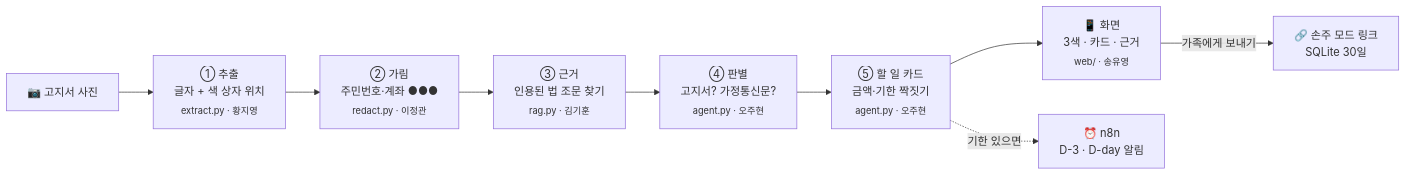
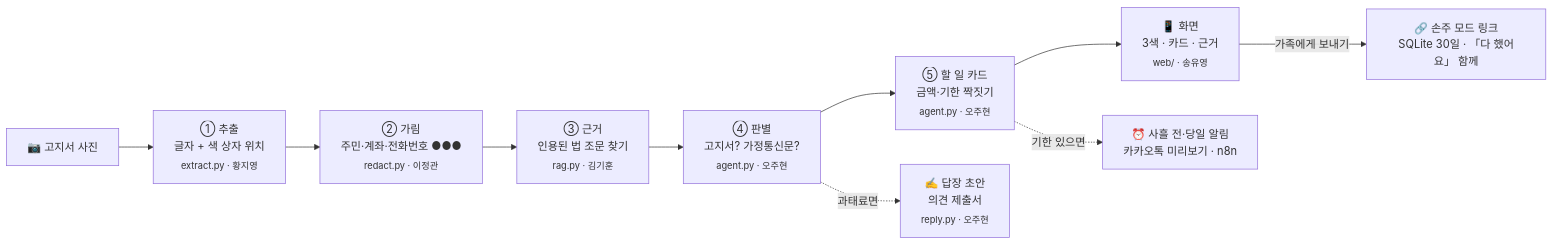
Before and after one commit to dicia-jhoh/codyssey-m3-final: the first of 2 diagrams in README.md, drawn with Mermaid. The commit also changed other lines of this file and 1 other file, not shown here.

````diff
--- a/README.md
+++ b/README.md
@@ -62,11 +65,12 @@
 ```mermaid
 flowchart LR
     P["📷 고지서 사진"] --> E["① 추출<br/>글자 + 색 상자 위치<br/><sub>extract.py · 황지영</sub>"]
-    E --> R["② 가림<br/>주민번호·계좌 ●●●<br/><sub>redact.py · 이정관</sub>"]
+    E --> R["② 가림<br/>주민·계좌·전화번호 ●●●<br/><sub>redact.py · 이정관</sub>"]
     R --> G["③ 근거<br/>인용된 법 조문 찾기<br/><sub>rag.py · 김기훈</sub>"]
     G --> C["④ 판별<br/>고지서? 가정통신문?<br/><sub>agent.py · 오주현</sub>"]
     C --> T["⑤ 할 일 카드<br/>금액·기한 짝짓기<br/><sub>agent.py · 오주현</sub>"]
+    C -. 과태료면 .-> D["✍️ 답장 초안<br/>의견 제출서<br/><sub>reply.py · 오주현</sub>"]
     T --> W["📱 화면<br/>3색 · 카드 · 근거<br/><sub>web/ · 송유영</sub>"]
-    T -. 기한 있으면 .-> N["⏰ n8n<br/>D-3 · D-day 알림"]
-    W -- 가족에게 보내기 --> S["🔗 손주 모드 링크<br/>SQLite 30일"]
+    T -. 기한 있으면 .-> N["⏰ 사흘 전·당일 알림<br/>카카오톡 미리보기 · n8n"]
+    W -- 가족에게 보내기 --> S["🔗 손주 모드 링크<br/>SQLite 30일 · 「다 했어요」 함께"]
 ```
````
